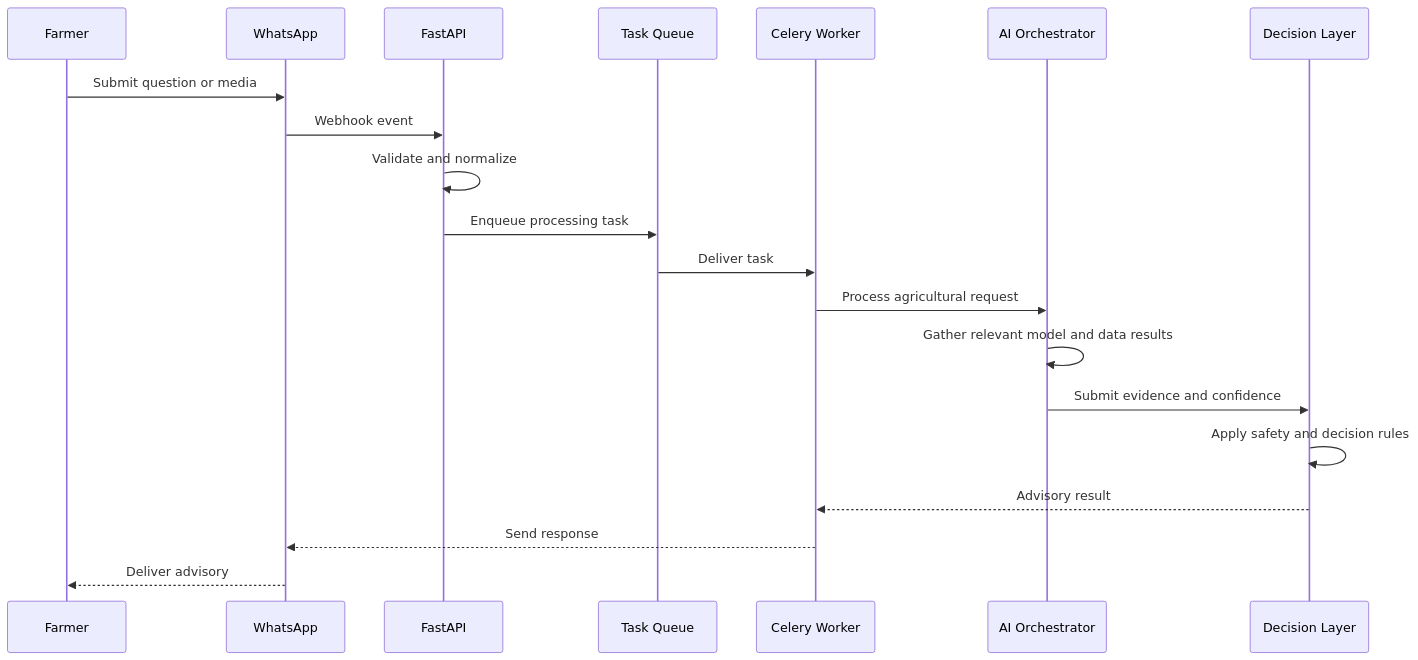
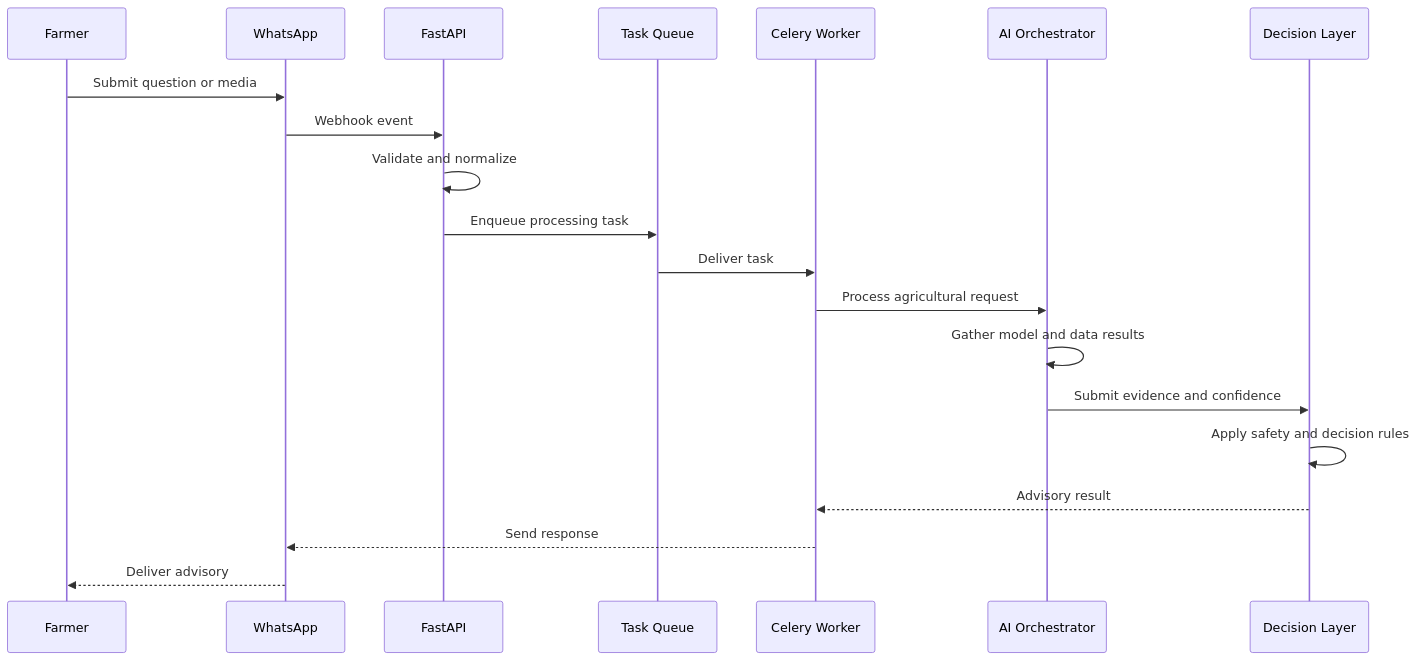
The second of 4 diagrams in README.md (Abir-Ghosh-sudo/KrishiMitra-AI), drawn with Mermaid before and after one commit. The commit also changed other lines of this file, not shown here.

````diff
--- a/README.md
+++ b/README.md
@@ -321,23 +318,23 @@
 ```mermaid
 sequenceDiagram
     participant F as Farmer
     participant W as WhatsApp
     participant A as FastAPI
     participant Q as Task Queue
     participant C as Celery Worker
     participant O as AI Orchestrator
     participant D as Decision Layer
 
     F->>W: Submit question or media
     W->>A: Webhook event
     A->>A: Validate and normalize
     A->>Q: Enqueue processing task
     Q->>C: Deliver task
     C->>O: Process agricultural request
-    O->>O: Gather relevant model and data results
+    O->>O: Gather model and data results
     O->>D: Submit evidence and confidence
     D->>D: Apply safety and decision rules
     D-->>C: Advisory result
     C-->>W: Send response
     W-->>F: Deliver advisory
 ```
````
